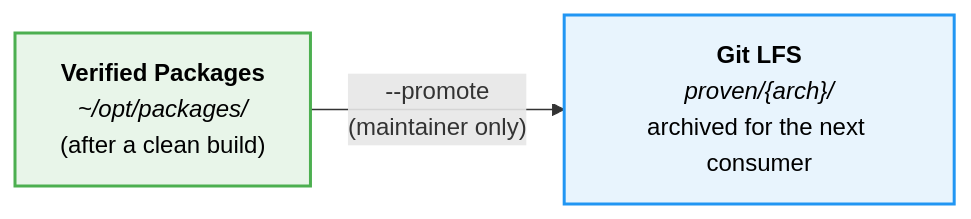
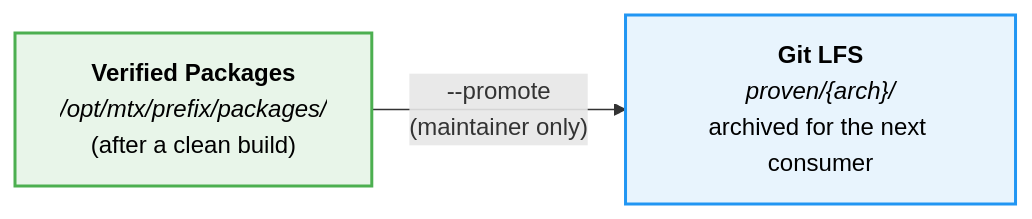
Before and after one commit to CorticalCode/mkvtoolnix-gui-macos: the fourth of 5 diagrams in docs/build-workflow.md, drawn with Mermaid. The commit also changed other lines of this file and 7 other files, not shown here.

````diff
--- a/docs/build-workflow.md
+++ b/docs/build-workflow.md
@@ -108,10 +108,10 @@
 ```mermaid
 flowchart LR
-    PKG["<b>Verified Packages</b><br/><i>~/opt/packages/</i><br/>(after a clean build)"]
+    PKG["<b>Verified Packages</b><br/><i>/opt/mtx/prefix/packages/</i><br/>(after a clean build)"]
     LFS["<b>Git LFS</b><br/><i>proven/{arch}/</i><br/>archived for the next consumer"]
 
     PKG -->|"--promote<br/>(maintainer only)"| LFS
 
     style PKG fill:#e8f5e9,stroke:#4caf50,stroke-width:2px,color:#000
     style LFS fill:#e8f4fd,stroke:#2196f3,stroke-width:2px,color:#000
 ```
````
